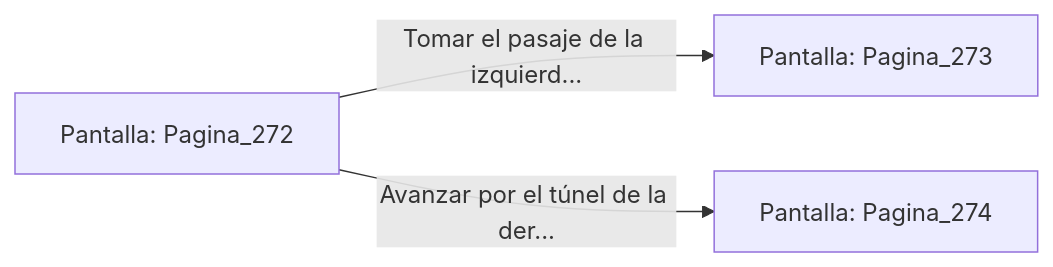
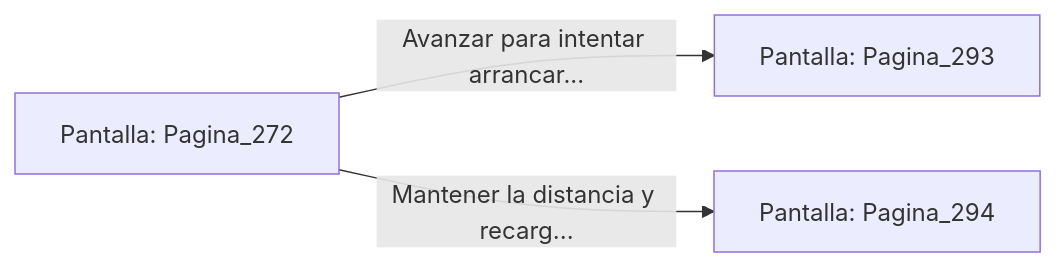
The diagram in sample/eligejuego-vault/Pantalla_Pagina_272.md (metsuke/mpl), drawn with Mermaid before and after one commit. The commit also changed other lines of this file and 635 other files, not shown here.

First line of the commit message:
fix: añadir Pagina_1 como pantalla inicial en capitulo_01.mpl

````diff
--- a/sample/eligejuego-vault/Pantalla_Pagina_272.md
+++ b/sample/eligejuego-vault/Pantalla_Pagina_272.md
@@ -20,6 +22,6 @@
 ```mermaid
 graph LR
     P_Pagina_272["Pantalla: Pagina_272"]
-    P_Pagina_272 -->|"Tomar el pasaje de la izquierd..."| P_Pagina_273["Pantalla: Pagina_273"]
-    P_Pagina_272 -->|"Avanzar por el túnel de la der..."| P_Pagina_274["Pantalla: Pagina_274"]
+    P_Pagina_272 -->|"Avanzar para intentar arrancar..."| P_Pagina_293["Pantalla: Pagina_293"]
+    P_Pagina_272 -->|"Mantener la distancia y recarg..."| P_Pagina_294["Pantalla: Pagina_294"]
 ```
````
